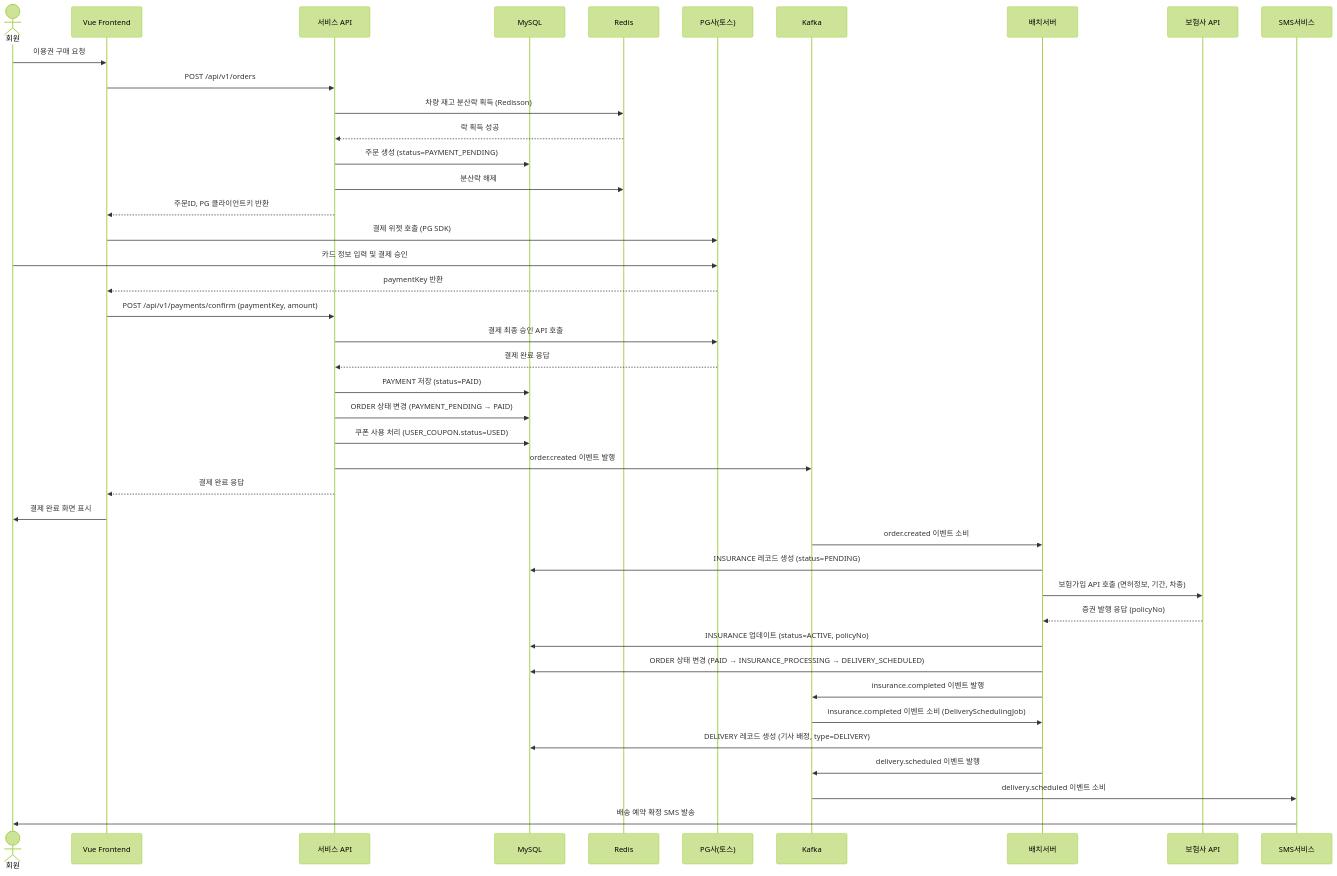
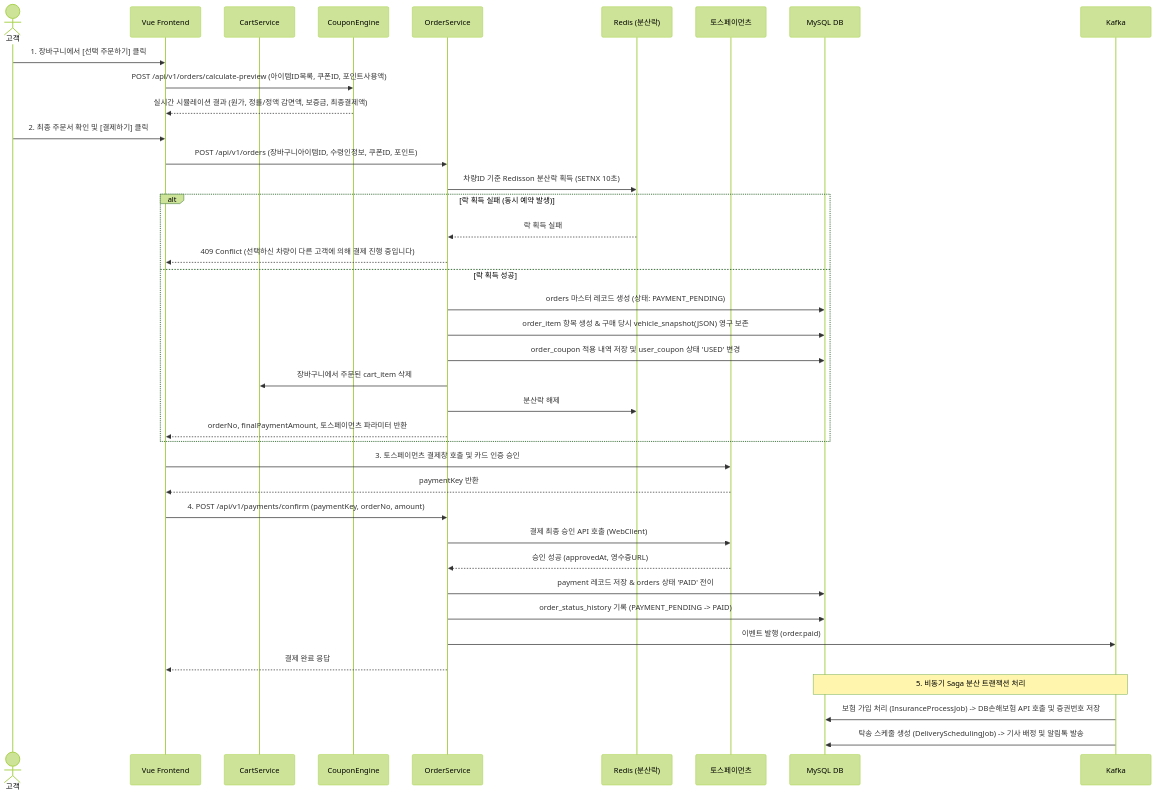
One commit to bruce2294/free-car changed the second of 2 diagrams in docs/04_설계단계_산출물.md. Above: the diagram before and after it, drawn with Mermaid (forest theme). The commit also changed other lines of this file and 6 other files, not shown here.

````diff
--- a/docs/04_설계단계_산출물.md
+++ b/docs/04_설계단계_산출물.md
@@ -378,51 +1498,47 @@
 ```mermaid
 sequenceDiagram
-    actor U as 회원
+    actor U as 고객
     participant FE as Vue Frontend
-    participant API as 서비스 API
-    participant DB as MySQL
-    participant REDIS as Redis
-    participant PG as PG사(토스)
+    participant CART as CartService
+    participant COUPON as CouponEngine
+    participant ORDER as OrderService
+    participant REDIS as Redis (분산락)
+    participant PG as 토스페이먼츠
+    participant DB as MySQL DB
     participant KAFKA as Kafka
-    participant BATCH as 배치서버
-    participant INS as 보험사 API
-    participant SMS as SMS서비스
 
-    U->>FE: 이용권 구매 요청
-    FE->>API: POST /api/v1/orders
-    API->>REDIS: 차량 재고 분산락 획득 (Redisson)
-    REDIS-->>API: 락 획득 성공
-    API->>DB: 주문 생성 (status=PAYMENT_PENDING)
-    API->>REDIS: 분산락 해제
-    API-->>FE: 주문ID, PG 클라이언트키 반환
+    U->>FE: 1. 장바구니에서 [선택 주문하기] 클릭
+    FE->>COUPON: POST /api/v1/orders/calculate-preview (아이템ID목록, 쿠폰ID, 포인트사용액)
+    COUPON-->>FE: 실시간 시뮬레이션 결과 (원가, 정률/정액 감면액, 보증금, 최종결제액)
+    
+    U->>FE: 2. 최종 주문서 확인 및 [결제하기] 클릭
+    FE->>ORDER: POST /api/v1/orders (장바구니아이템ID, 수령인정보, 쿠폰ID, 포인트)
+    
+    ORDER->>REDIS: 차량ID 기준 Redisson 분산락 획득 (SETNX 10초)
+    alt 락 획득 실패 (동시 예약 발생)
+        REDIS-->>ORDER: 락 획득 실패
+        ORDER-->>FE: 409 Conflict (선택하신 차량이 다른 고객에 의해 결제 진행 중입니다)
+    else 락 획득 성공
+        ORDER->>DB: orders 마스터 레코드 생성 (상태: PAYMENT_PENDING)
+        ORDER->>DB: order_item 항목 생성 & 구매 당시 vehicle_snapshot(JSON) 영구 보존
+        ORDER->>DB: order_coupon 적용 내역 저장 및 user_coupon 상태 'USED' 변경
+        ORDER->>CART: 장바구니에서 주문된 cart_item 삭제
+        ORDER->>REDIS: 분산락 해제
+        ORDER-->>FE: orderNo, finalPaymentAmount, 토스페이먼츠 파라미터 반환
+    end
 
-    FE->>PG: 결제 위젯 호출 (PG SDK)
-    U->>PG: 카드 정보 입력 및 결제 승인
+    FE->>PG: 3. 토스페이먼츠 결제창 호출 및 카드 인증 승인
     PG-->>FE: paymentKey 반환
+    
+    FE->>ORDER: 4. POST /api/v1/payments/confirm (paymentKey, orderNo, amount)
+    ORDER->>PG: 결제 최종 승인 API 호출 (WebClient)
+    PG-->>ORDER: 승인 성공 (approvedAt, 영수증URL)
+    ORDER->>DB: payment 레코드 저장 & orders 상태 'PAID' 전이
+    ORDER->>DB: order_status_history 기록 (PAYMENT_PENDING -> PAID)
+    ORDER->>KAFKA: 이벤트 발행 (order.paid)
+    ORDER-->>FE: 결제 완료 응답
 
-    FE->>API: POST /api/v1/payments/confirm (paymentKey, amount)
-    API->>PG: 결제 최종 승인 API 호출
-    PG-->>API: 결제 완료 응답
-    API->>DB: PAYMENT 저장 (status=PAID)
-    API->>DB: ORDER 상태 변경 (PAYMENT_PENDING → PAID)
-    API->>DB: 쿠폰 사용 처리 (USER_COUPON.status=USED)
-    API->>KAFKA: order.created 이벤트 발행
-    API-->>FE: 결제 완료 응답
-
-    FE->>U: 결제 완료 화면 표시
-
-    KAFKA->>BATCH: order.created 이벤트 소비
-    BATCH->>DB: INSURANCE 레코드 생성 (status=PENDING)
-    BATCH->>INS: 보험가입 API 호출 (면허정보, 기간, 차종)
-    INS-->>BATCH: 증권 발행 응답 (policyNo)
-    BATCH->>DB: INSURANCE 업데이트 (status=ACTIVE, policyNo)
-    BATCH->>DB: ORDER 상태 변경 (PAID → INSURANCE_PROCESSING → DELIVERY_SCHEDULED)
-    BATCH->>KAFKA: insurance.completed 이벤트 발행
-
-    KAFKA->>BATCH: insurance.completed 이벤트 소비 (DeliverySchedulingJob)
-    BATCH->>DB: DELIVERY 레코드 생성 (기사 배정, type=DELIVERY)
-    BATCH->>KAFKA: delivery.scheduled 이벤트 발행
-
-    KAFKA->>SMS: delivery.scheduled 이벤트 소비
-    SMS->>U: 배송 예약 확정 SMS 발송
+    Note over KAFKA,DB: 5. 비동기 Saga 분산 트랜잭션 처리
+    KAFKA->>DB: 보험 가입 처리 (InsuranceProcessJob) -> DB손해보험 API 호출 및 증권번호 저장
+    KAFKA->>DB: 탁송 스케줄 생성 (DeliverySchedulingJob) -> 기사 배정 및 알림톡 발송
 ```
````
